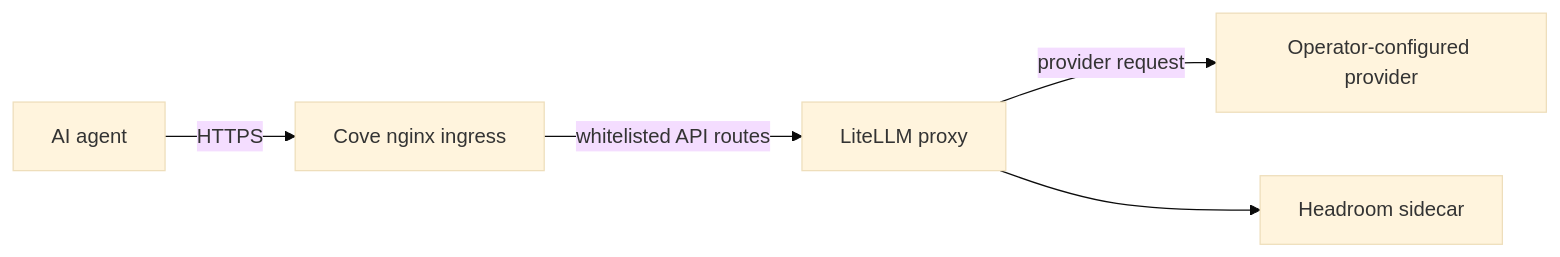
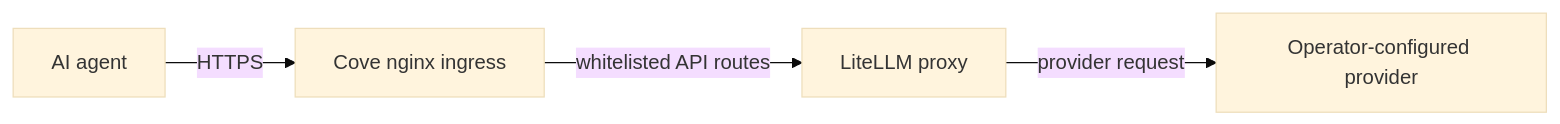
Before and after one commit to cristoslc/cove: the diagram in docs/services/litellm-proxy.md, drawn with Mermaid (base theme). The commit also changed other lines of this file and 21 other files, not shown here.

````diff
--- a/docs/services/litellm-proxy.md
+++ b/docs/services/litellm-proxy.md
@@ -99,7 +99,6 @@
 ```mermaid
 flowchart LR
     Agent["AI agent"] -->|HTTPS| Nginx["Cove nginx ingress"]
     Nginx -->|whitelisted API routes| Proxy["LiteLLM proxy"]
     Proxy -->|provider request| Provider["Operator-configured provider"]
-    Proxy --> Headroom["Headroom sidecar"]
 ```
````
